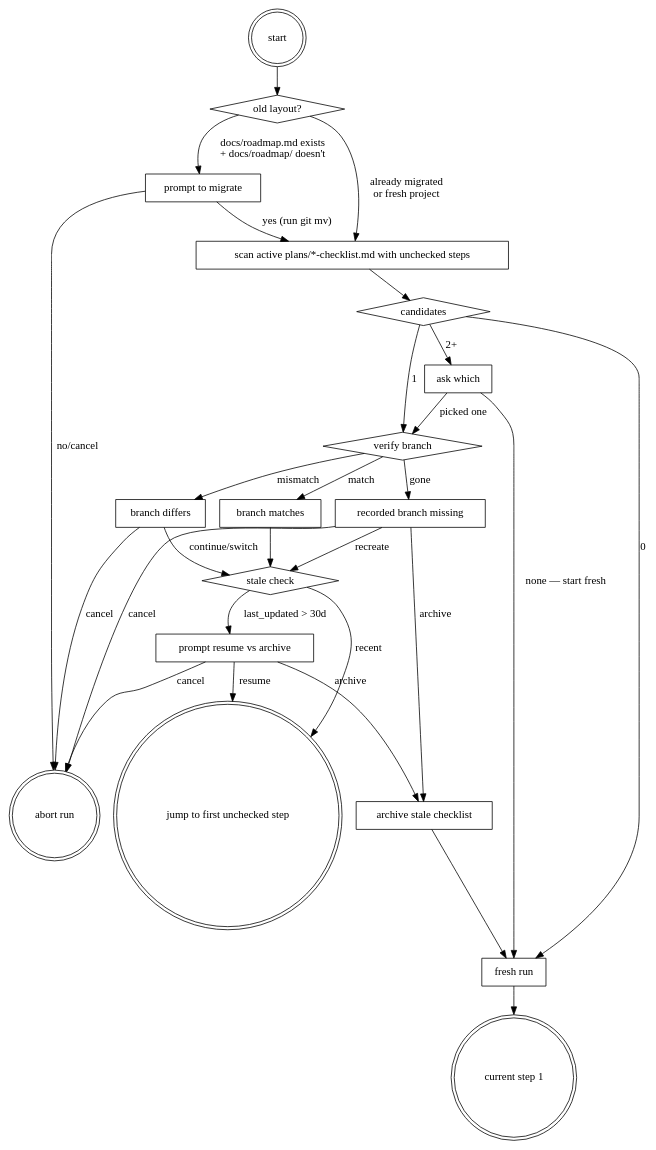
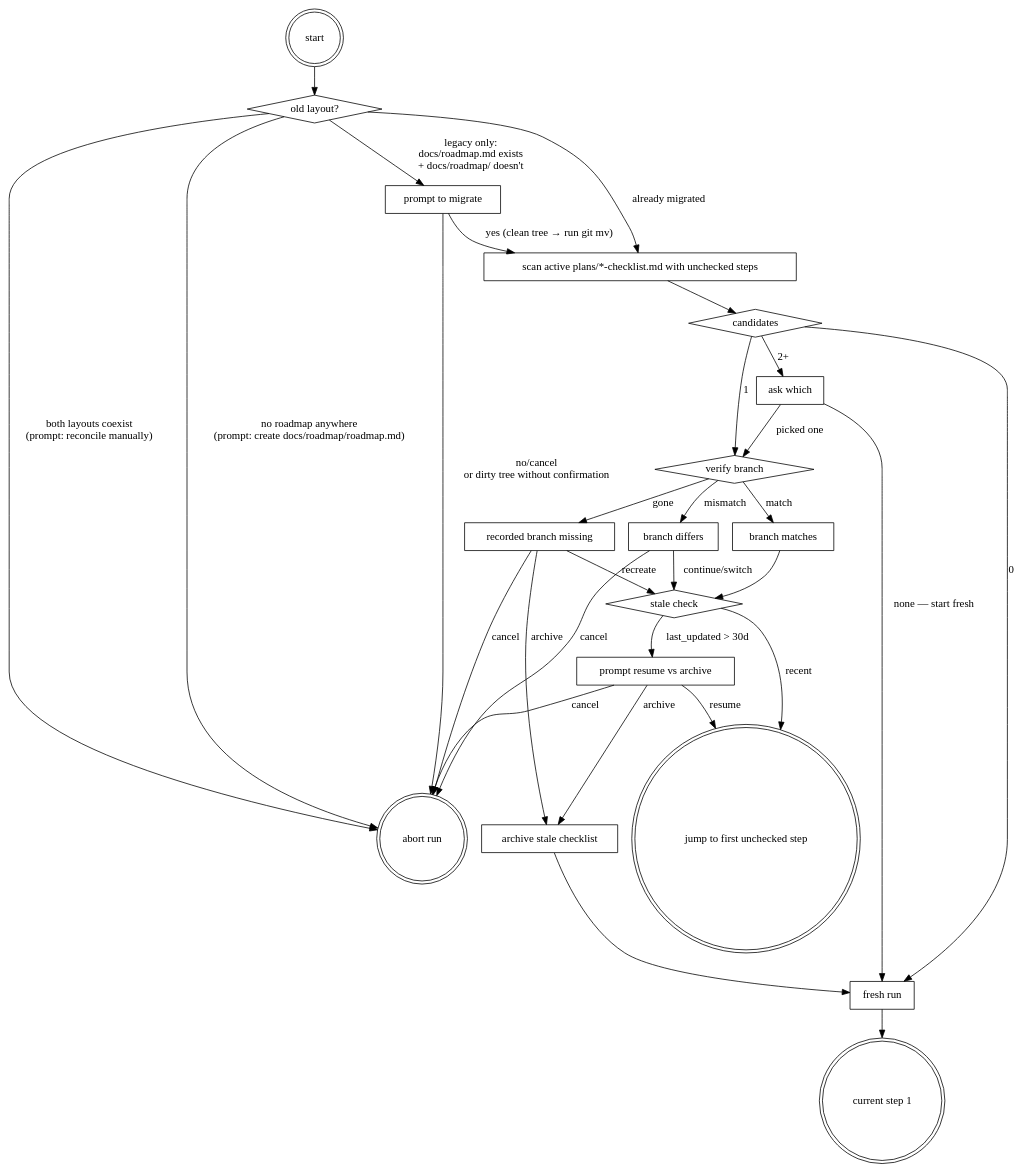
The diagram in .claude/skills/roadmap/SKILL.md (Ovid/paad), drawn with Graphviz before and after one commit. The commit also changed other lines of this file, not shown here.

First line of the commit message:
/roadmap: layout migration safety pass (C6, I3, I4, I5)

````diff
--- a/.claude/skills/roadmap/SKILL.md
+++ b/.claude/skills/roadmap/SKILL.md
@@ -111,49 +111,51 @@
 ```dot
 digraph step0 {
   "start" [shape=doublecircle];
   "old layout?" [shape=diamond];
   "prompt to migrate" [shape=box];
   "abort run" [shape=doublecircle];
   "scan active plans/*-checklist.md with unchecked steps" [shape=box];
   "candidates" [shape=diamond];
   "fresh run" [shape=box];
   "ask which" [shape=box];
   "verify branch" [shape=diamond];
   "branch matches" [shape=box];
   "branch differs" [shape=box];
   "recorded branch missing" [shape=box];
   "stale check" [shape=diamond];
   "prompt resume vs archive" [shape=box];
   "archive stale checklist" [shape=box];
   "jump to first unchecked step" [shape=doublecircle];
   "current step 1" [shape=doublecircle];
 
   "start" -> "old layout?";
-  "old layout?" -> "prompt to migrate" [label="docs/roadmap.md exists\n+ docs/roadmap/ doesn't"];
-  "old layout?" -> "scan active plans/*-checklist.md with unchecked steps" [label="already migrated\nor fresh project"];
-  "prompt to migrate" -> "scan active plans/*-checklist.md with unchecked steps" [label="yes (run git mv)"];
-  "prompt to migrate" -> "abort run" [label="no/cancel"];
+  "old layout?" -> "abort run" [label="no roadmap anywhere\n(prompt: create docs/roadmap/roadmap.md)"];
+  "old layout?" -> "abort run" [label="both layouts coexist\n(prompt: reconcile manually)"];
+  "old layout?" -> "prompt to migrate" [label="legacy only:\ndocs/roadmap.md exists\n+ docs/roadmap/ doesn't"];
+  "old layout?" -> "scan active plans/*-checklist.md with unchecked steps" [label="already migrated"];
+  "prompt to migrate" -> "scan active plans/*-checklist.md with unchecked steps" [label="yes (clean tree → run git mv)"];
+  "prompt to migrate" -> "abort run" [label="no/cancel\nor dirty tree without confirmation"];
   "scan active plans/*-checklist.md with unchecked steps" -> "candidates";
   "candidates" -> "fresh run" [label="0"];
   "candidates" -> "verify branch" [label="1"];
   "candidates" -> "ask which" [label="2+"];
   "ask which" -> "verify branch" [label="picked one"];
   "ask which" -> "fresh run" [label="none — start fresh"];
   "verify branch" -> "branch matches" [label="match"];
   "verify branch" -> "branch differs" [label="mismatch"];
   "verify branch" -> "recorded branch missing" [label="gone"];
   "branch matches" -> "stale check";
   "branch differs" -> "stale check" [label="continue/switch"];
   "branch differs" -> "abort run" [label="cancel"];
   "recorded branch missing" -> "stale check" [label="recreate"];
   "recorded branch missing" -> "archive stale checklist" [label="archive"];
   "recorded branch missing" -> "abort run" [label="cancel"];
   "stale check" -> "prompt resume vs archive" [label="last_updated > 30d"];
   "stale check" -> "jump to first unchecked step" [label="recent"];
   "prompt resume vs archive" -> "jump to first unchecked step" [label="resume"];
   "prompt resume vs archive" -> "archive stale checklist" [label="archive"];
   "prompt resume vs archive" -> "abort run" [label="cancel"];
   "archive stale checklist" -> "fresh run";
   "fresh run" -> "current step 1";
 }
 ```
````
